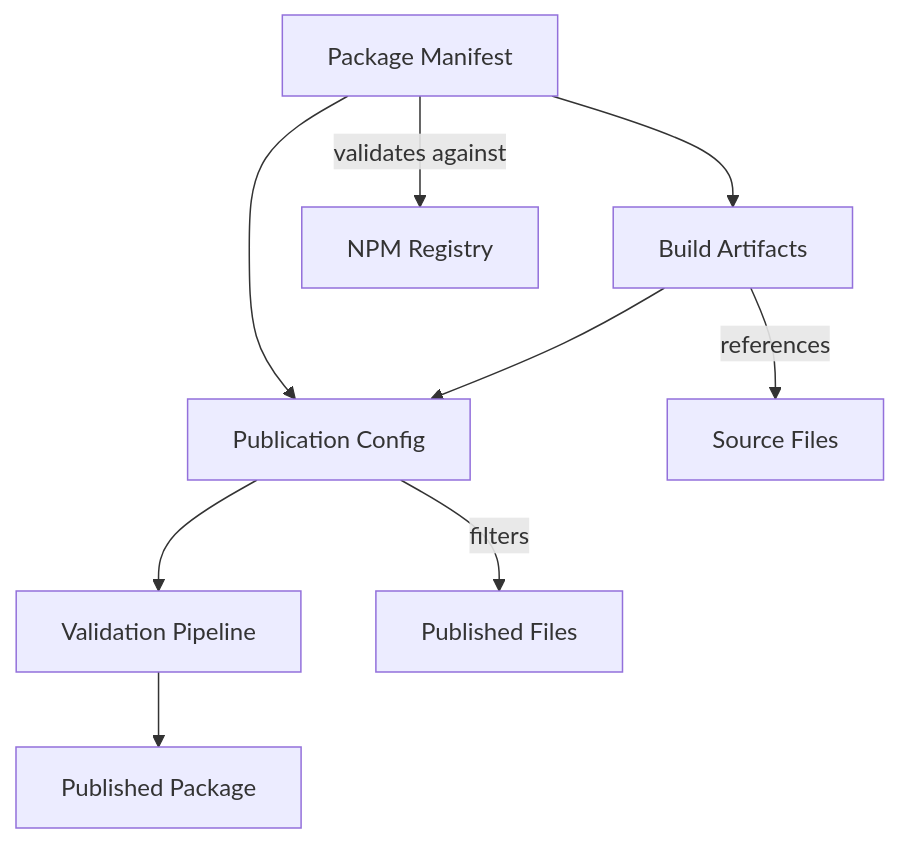
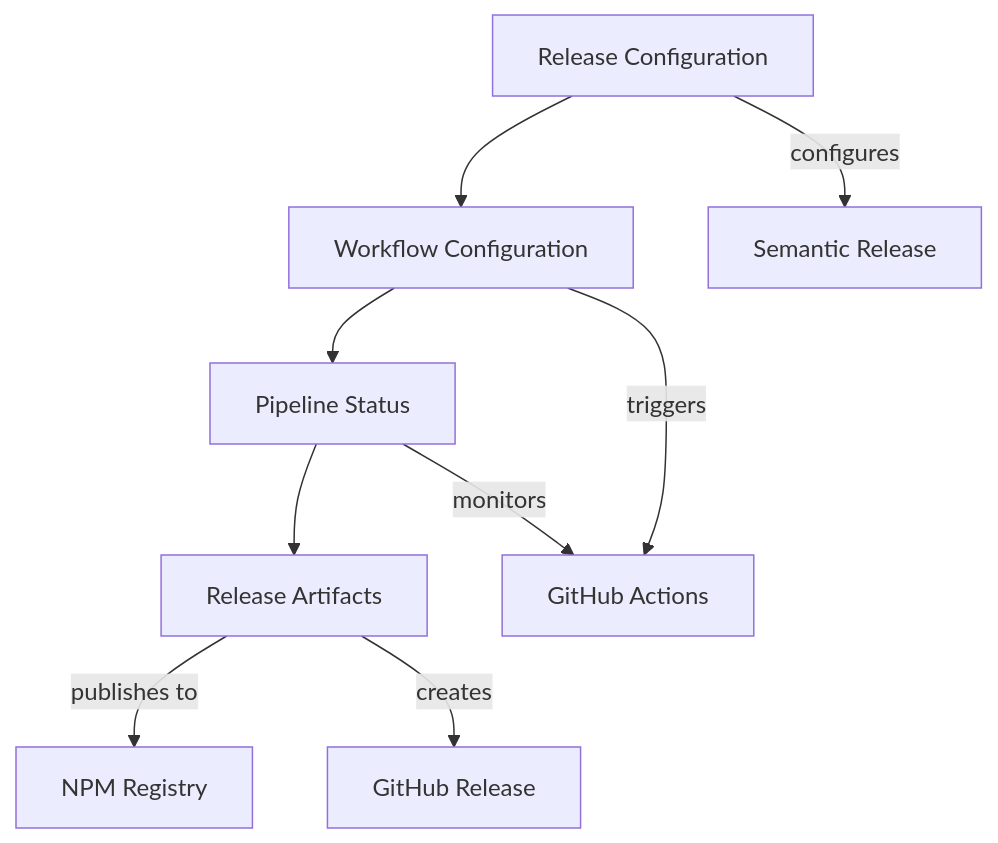
The diagram in specs/001-npm-publish-prep/data-model.md (satocchi0416sh/typed-notion), drawn with Mermaid before and after one commit. The commit also changed other lines of this file and 19 other files, not shown here.

Commit message:
feat(automation): implement semantic-release and GitHub Actions CI/CD pipeline

````diff
--- a/specs/001-npm-publish-prep/data-model.md
+++ b/specs/001-npm-publish-prep/data-model.md
@@ -108,12 +122,12 @@
 ```mermaid
 graph TD
-    PM[Package Manifest] --> BA[Build Artifacts]
-    PM --> PC[Publication Config]
-    BA --> PC
-    PC --> VP[Validation Pipeline]
-    VP --> PP[Published Package]
+    RC[Release Configuration] --> WC[Workflow Configuration]
+    WC --> PS[Pipeline Status]
+    PS --> RA[Release Artifacts]
 
-    PM --> |validates against| NR[NPM Registry]
-    BA --> |references| SF[Source Files]
-    PC --> |filters| PF[Published Files]
+    RC --> |configures| SR[Semantic Release]
+    WC --> |triggers| GA[GitHub Actions]
+    PS --> |monitors| GA
+    RA --> |publishes to| NPM[NPM Registry]
+    RA --> |creates| GHR[GitHub Release]
 ```
````
